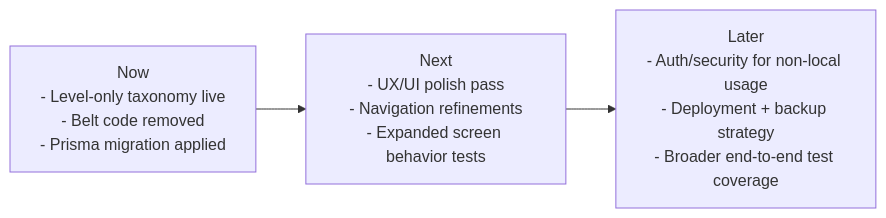
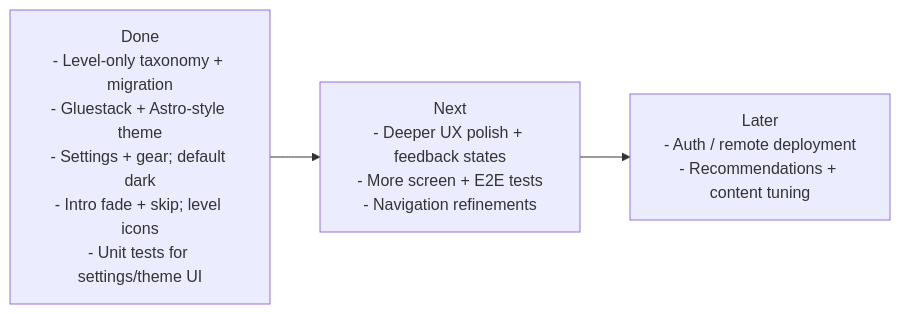
Before and after one commit to rm-jordan/rolltrack: the fourth of 5 diagrams in README.md, drawn with Mermaid. The commit also changed other lines of this file and 5 other files, not shown here.

````diff
--- a/README.md
+++ b/README.md
@@ -127,4 +138,4 @@
 ```mermaid
 flowchart LR
-  Now["Now<br/>- Level-only taxonomy live<br/>- Belt code removed<br/>- Prisma migration applied"] --> Next["Next<br/>- UX/UI polish pass<br/>- Navigation refinements<br/>- Expanded screen behavior tests"] --> Later["Later<br/>- Auth/security for non-local usage<br/>- Deployment + backup strategy<br/>- Broader end-to-end test coverage"]
+  Done["Done<br/>- Level-only taxonomy + migration<br/>- Gluestack + Astro-style theme<br/>- Settings + gear; default dark<br/>- Intro fade + skip; level icons<br/>- Unit tests for settings/theme UI"] --> Next["Next<br/>- Deeper UX polish + feedback states<br/>- More screen + E2E tests<br/>- Navigation refinements"] --> Later["Later<br/>- Auth / remote deployment<br/>- Recommendations + content tuning"]
 ```
````
